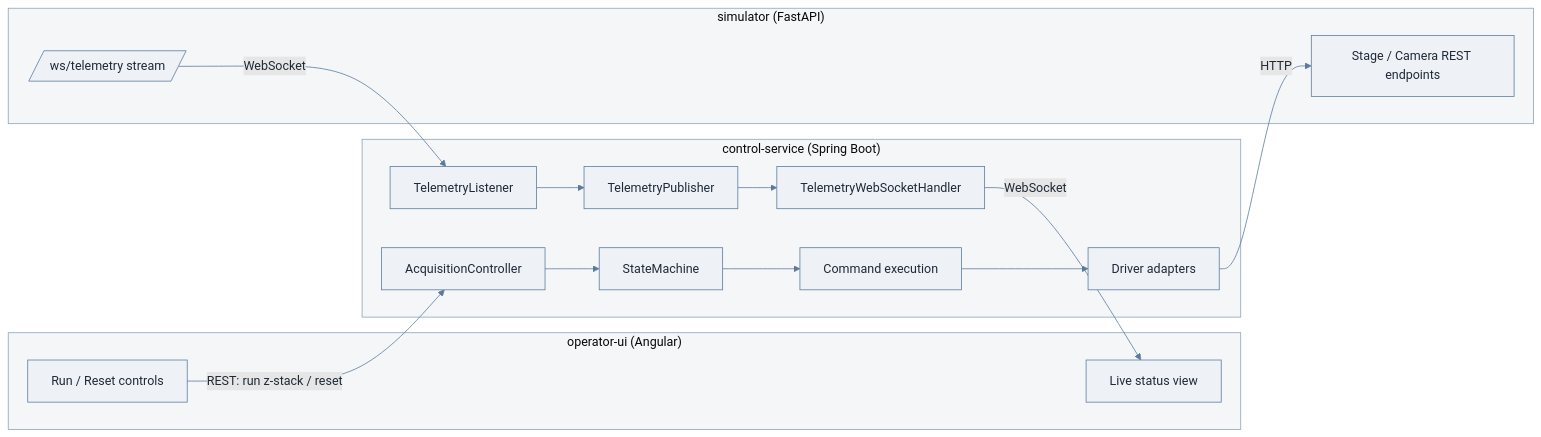
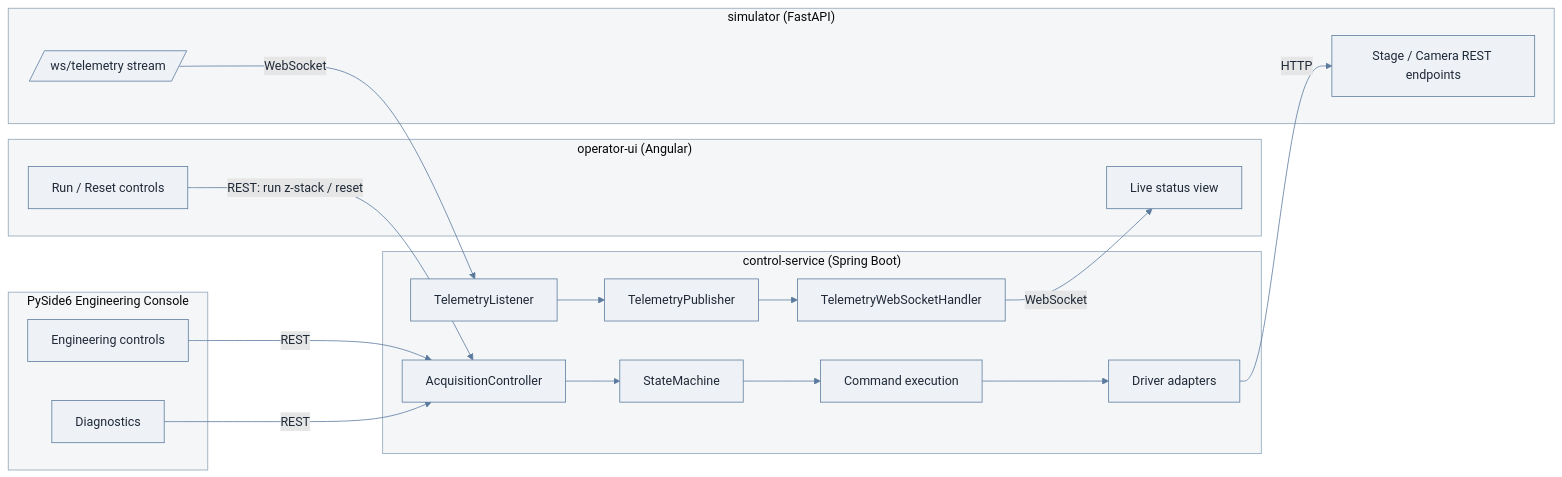
The first of 3 diagrams in README.md (ramkiran25/microscope-control-platform), drawn with Mermaid before and after one commit. The commit also changed other lines of this file and 855 other files, not shown here.

````diff
--- a/README.md
+++ b/README.md
@@ -31,44 +35,55 @@
 ```mermaid
 %%{init: {'theme': 'base', 'themeVariables': {
   'primaryColor': '#eef2f7',
   'primaryTextColor': '#1f2937',
   'primaryBorderColor': '#5b7a9d',
   'lineColor': '#5b7a9d',
   'secondaryColor': '#e6e6e6',
   'tertiaryColor': '#f7f7f7',
   'clusterBkg': '#f4f6f8',
   'clusterBorder': '#8ca3b8',
   'fontFamily': 'Segoe UI, sans-serif'
 }}}%%
+
 flowchart LR
+
     subgraph UI["operator-ui (Angular)"]
         A[Live status view]
         B[Run / Reset controls]
+    end
+
+    subgraph DESKTOP["PySide6 Engineering Console"]
+        Q[Engineering controls]
+        R[Diagnostics]
     end
 
     subgraph JAVA["control-service (Spring Boot)"]
         C[AcquisitionController]
         D[StateMachine]
         E[Command execution]
         F[Driver adapters]
         G[TelemetryListener]
         H[TelemetryPublisher]
         I[TelemetryWebSocketHandler]
     end
 
     subgraph PY["simulator (FastAPI)"]
         J[Stage / Camera REST endpoints]
         K[/ws/telemetry stream/]
     end
 
     B -- "REST: run z-stack / reset" --> C
+    Q -- "REST" --> C
+    R -- "REST" --> C
+
     C --> D
     D --> E
     E --> F
+
     F -- "HTTP" --> J
 
     K -- "WebSocket" --> G
     G --> H
     H --> I
     I -- "WebSocket" --> A
 ```
````
